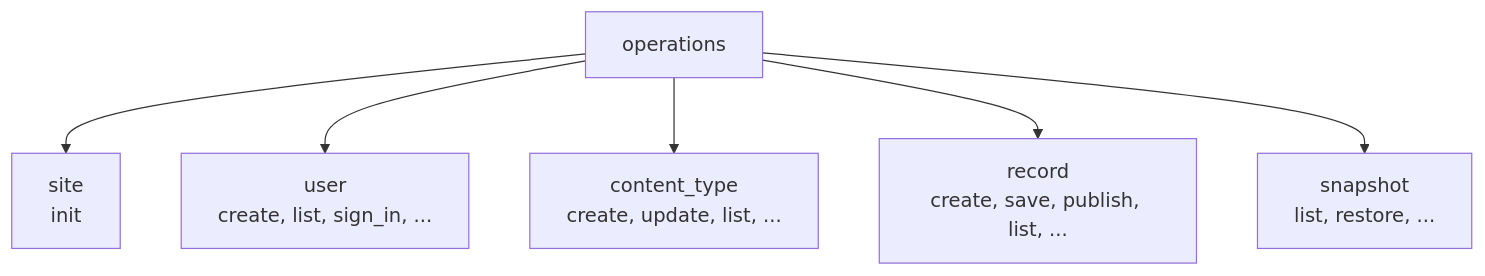
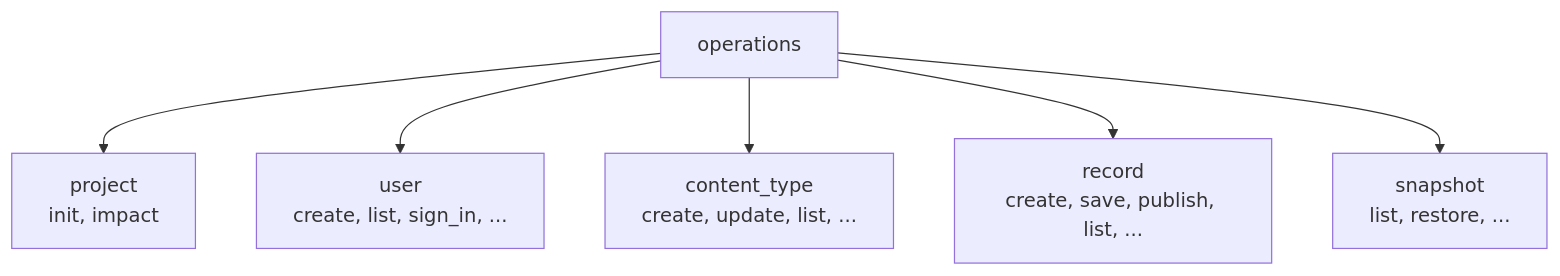
The fifth of 19 diagrams in docs/map.md (publr-org/publr), drawn with Mermaid before and after one commit. The commit also changed other lines of this file and 253 other files, not shown here.

````diff
--- a/docs/map.md
+++ b/docs/map.md
@@ -59,8 +59,8 @@
 ```mermaid
 flowchart TB
-    root[operations] --> site[site<br/>init]
+    root[operations] --> project[project<br/>init, impact]
     root --> user[user<br/>create, list, sign_in, ...]
     root --> type[content_type<br/>create, update, list, ...]
     root --> record[record<br/>create, save, publish, list, ...]
     root --> snap[snapshot<br/>list, restore, ...]
 ```
````
